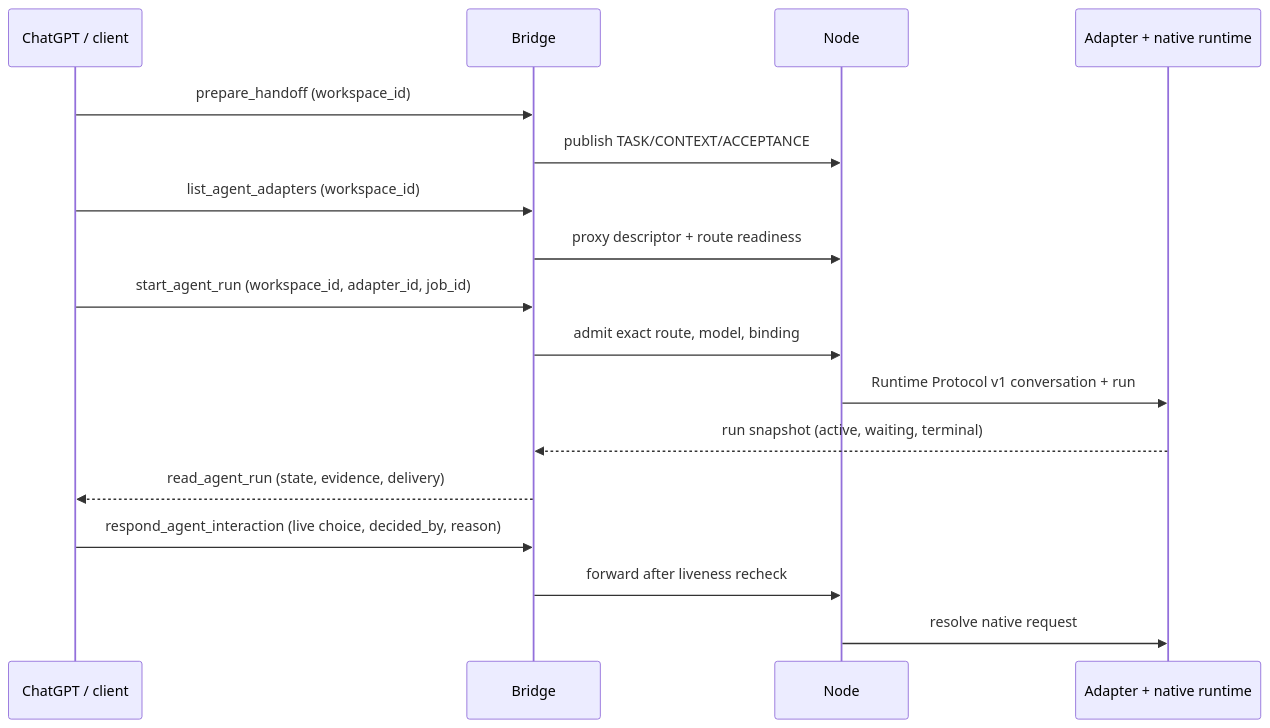
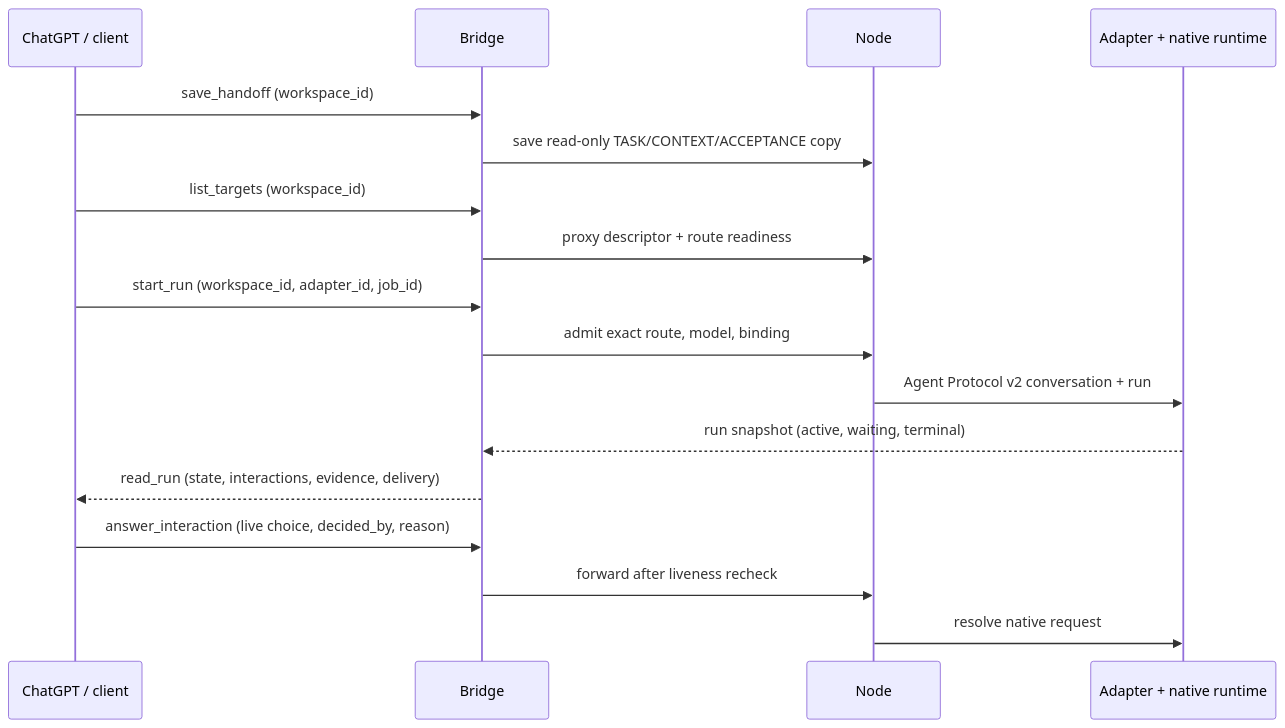
Before and after one commit to sheldonxxxx/workspace-bridge: the fourth of 5 diagrams in docs/ARCHITECTURE.md, drawn with Mermaid. The commit also changed other lines of this file and 20 other files, not shown here.

````diff
--- a/docs/ARCHITECTURE.md
+++ b/docs/ARCHITECTURE.md
@@ -182,19 +191,19 @@
 ```mermaid
 sequenceDiagram
     participant C as ChatGPT / client
     participant B as Bridge
     participant N as Node
     participant A as Adapter + native runtime
-    C->>B: prepare_handoff (workspace_id)
-    B->>N: publish TASK/CONTEXT/ACCEPTANCE
-    C->>B: list_agent_adapters (workspace_id)
+    C->>B: save_handoff (workspace_id)
+    B->>N: save read-only TASK/CONTEXT/ACCEPTANCE copy
+    C->>B: list_targets (workspace_id)
     B->>N: proxy descriptor + route readiness
-    C->>B: start_agent_run (workspace_id, adapter_id, job_id)
+    C->>B: start_run (workspace_id, adapter_id, job_id)
     B->>N: admit exact route, model, binding
-    N->>A: Runtime Protocol v1 conversation + run
+    N->>A: Agent Protocol v2 conversation + run
     A-->>B: run snapshot (active, waiting, terminal)
-    B-->>C: read_agent_run (state, evidence, delivery)
-    C->>B: respond_agent_interaction (live choice, decided_by, reason)
+    B-->>C: read_run (state, interactions, evidence, delivery)
+    C->>B: answer_interaction (live choice, decided_by, reason)
     B->>N: forward after liveness recheck
     N->>A: resolve native request
 ```
````
